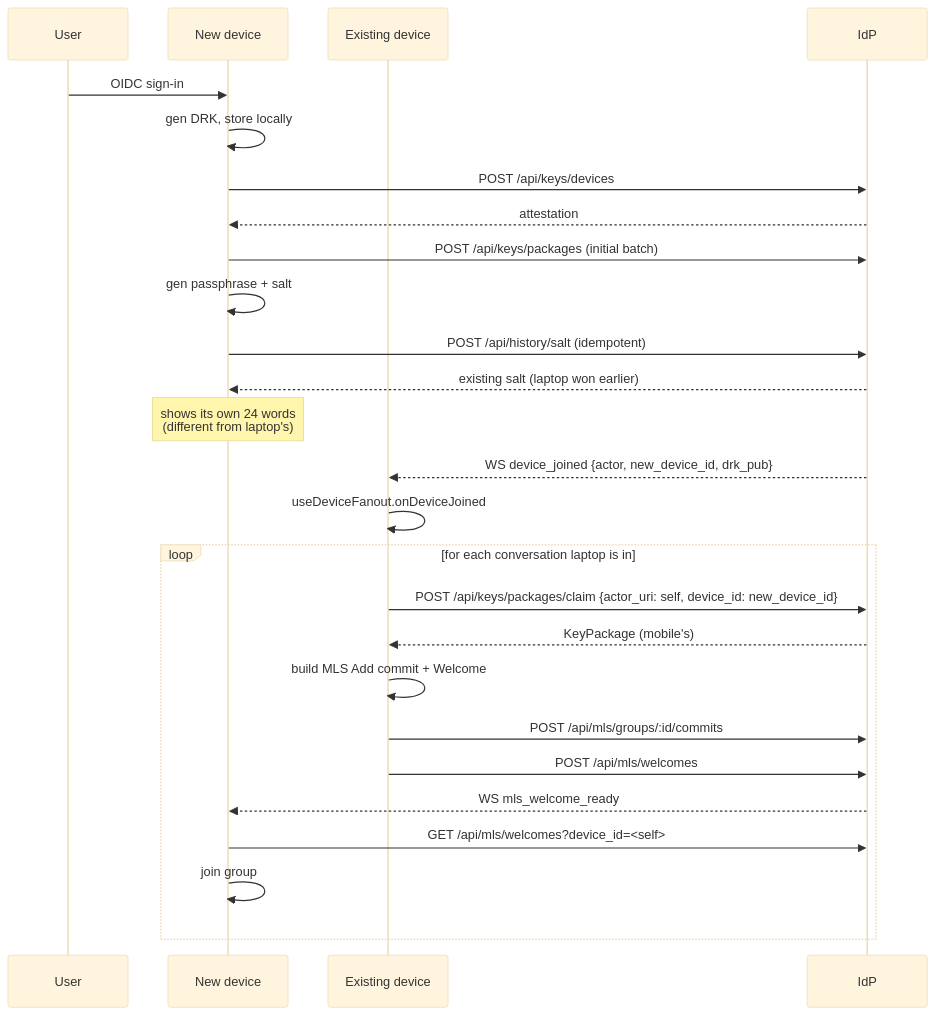
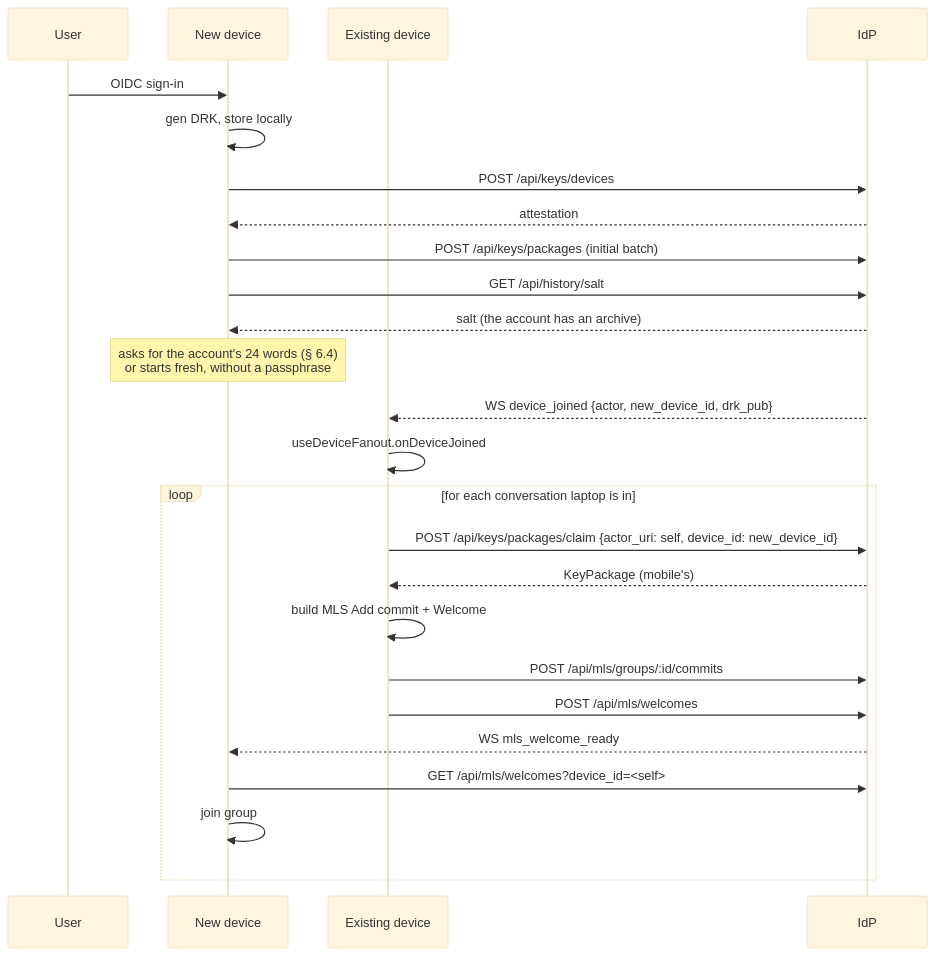
One commit to Pina-i/pinai changed the third of 11 diagrams in identity-provider/specs/e2ee.md. Above: the diagram before and after it, drawn with Mermaid (base theme). The commit also changed other lines of this file, not shown here.

````diff
--- a/identity-provider/specs/e2ee.md
+++ b/identity-provider/specs/e2ee.md
@@ -435,29 +443,28 @@
 ```mermaid
 sequenceDiagram
     participant U as User
     participant Mobile as New device
     participant Laptop as Existing device
     participant IdP
 
     U->>Mobile: OIDC sign-in
     Mobile->>Mobile: gen DRK, store locally
     Mobile->>IdP: POST /api/keys/devices
     IdP-->>Mobile: attestation
     Mobile->>IdP: POST /api/keys/packages (initial batch)
-    Mobile->>Mobile: gen passphrase + salt
-    Mobile->>IdP: POST /api/history/salt (idempotent)
-    IdP-->>Mobile: existing salt (laptop won earlier)
-    Note over Mobile: shows its own 24 words<br/>(different from laptop's)
+    Mobile->>IdP: GET /api/history/salt
+    IdP-->>Mobile: salt (the account has an archive)
+    Note over Mobile: asks for the account's 24 words (§ 6.4)<br/>or starts fresh, without a passphrase
     IdP-->>Laptop: WS device_joined {actor, new_device_id, drk_pub}
     Laptop->>Laptop: useDeviceFanout.onDeviceJoined
     loop for each conversation laptop is in
         Laptop->>IdP: POST /api/keys/packages/claim {actor_uri: self, device_id: new_device_id}
         IdP-->>Laptop: KeyPackage (mobile's)
         Laptop->>Laptop: build MLS Add commit + Welcome
         Laptop->>IdP: POST /api/mls/groups/:id/commits
         Laptop->>IdP: POST /api/mls/welcomes
         IdP-->>Mobile: WS mls_welcome_ready
         Mobile->>IdP: GET /api/mls/welcomes?device_id=<self>
         Mobile->>Mobile: join group
     end
 ```
````
